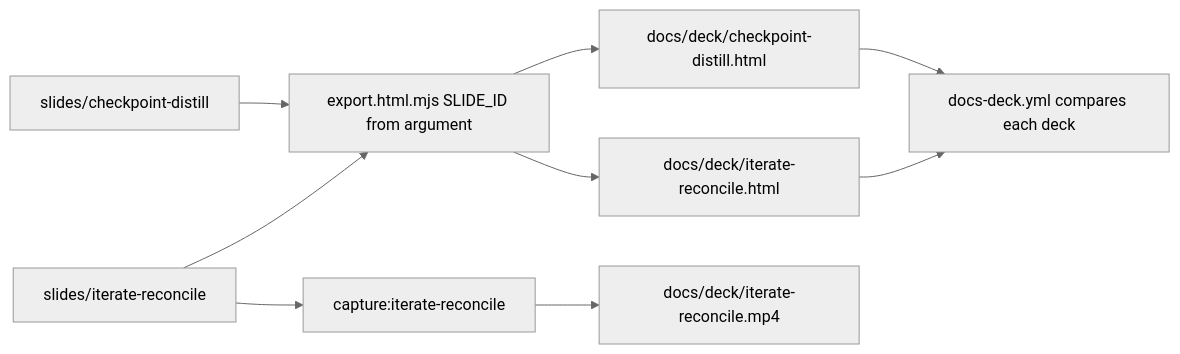
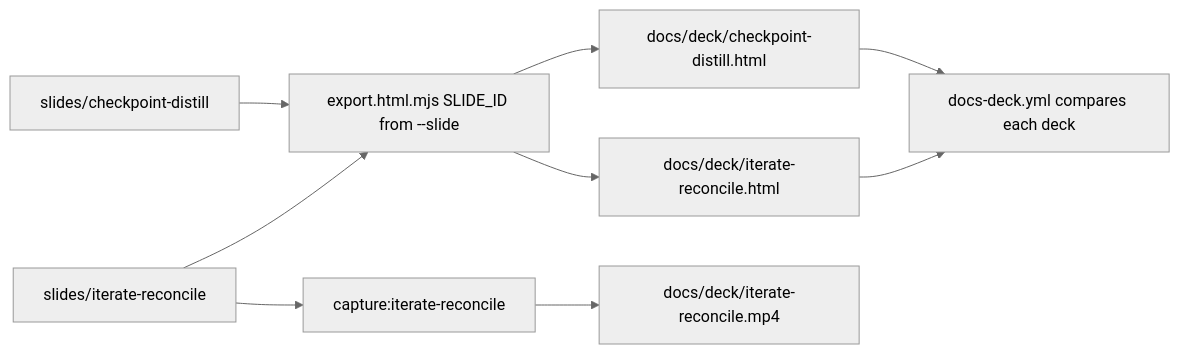
One commit to desek/governance changed the second of 3 diagrams in docs/cr/CR-0020-iterate-reconcile-release-video.md. Above: the diagram before and after it, drawn with Mermaid (neutral theme). The commit also changed other lines of this file, not shown here.

Commit message:
docs(cr): mark CR-0020 implemented (CR-0020)

````diff
--- a/docs/cr/CR-0020-iterate-reconcile-release-video.md
+++ b/docs/cr/CR-0020-iterate-reconcile-release-video.md
@@ -98,11 +98,11 @@
 ```mermaid
 flowchart LR
-    S1["slides/checkpoint-distill"] --> E["export.html.mjs SLIDE_ID from argument"]
+    S1["slides/checkpoint-distill"] --> E["export.html.mjs SLIDE_ID from --slide"]
     S2["slides/iterate-reconcile"] --> E
     E --> H1["docs/deck/checkpoint-distill.html"]
     E --> H2["docs/deck/iterate-reconcile.html"]
     S2 --> V["capture:iterate-reconcile"]
     V --> M2["docs/deck/iterate-reconcile.mp4"]
     H1 --> CI["docs-deck.yml compares each deck"]
     H2 --> CI
 ```
````
